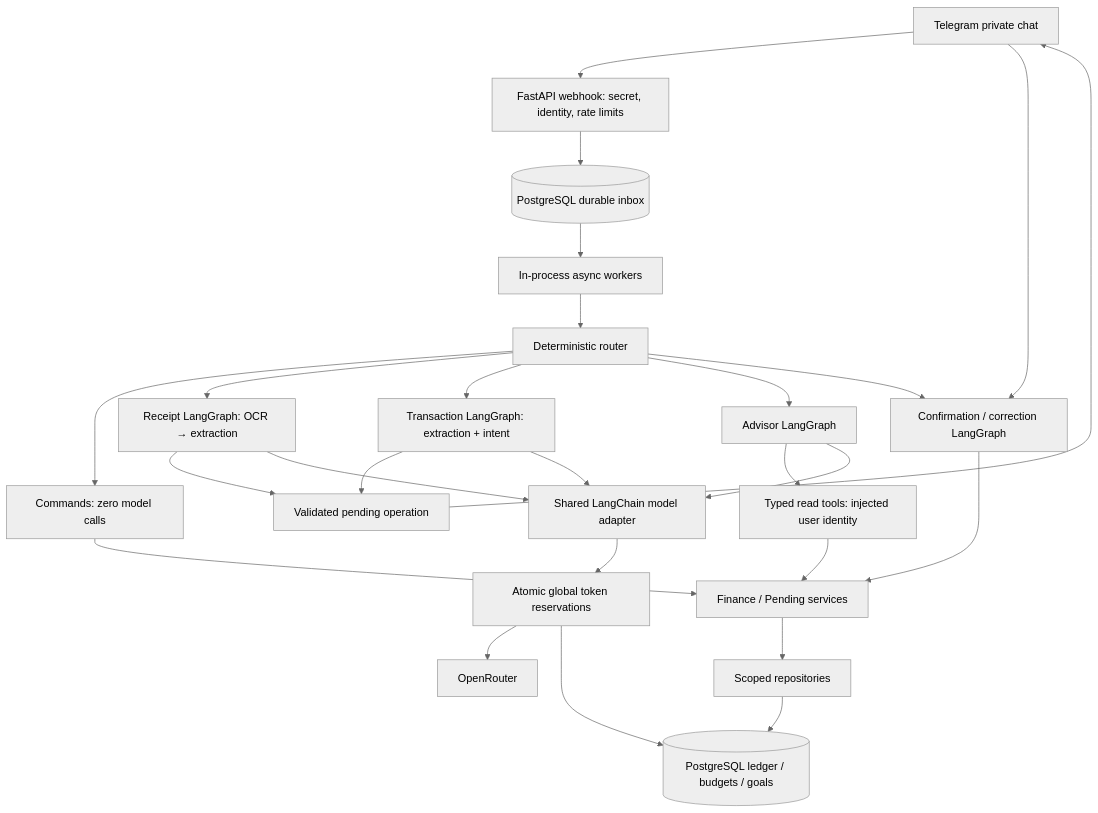
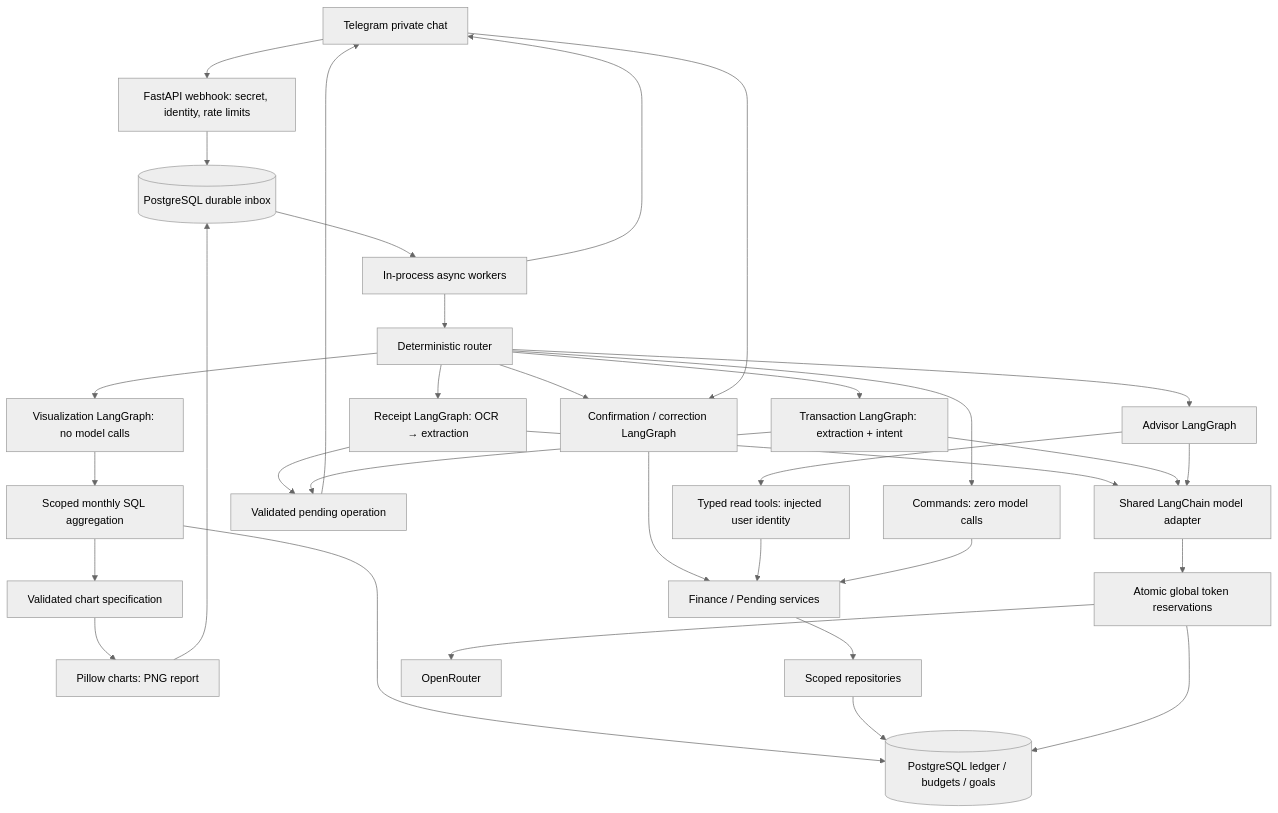
One commit to Ganskuy/financial_assistant changed the diagram in README.md. Above: the diagram before and after it, drawn with Mermaid (neutral theme). The commit also changed other lines of this file and 14 other files, not shown here.

Commit message:
Add monthly visualization reports and document current integration limits

````diff
--- a/README.md
+++ b/README.md
@@ -7,28 +9,35 @@
 ```mermaid
 flowchart TD
     TG[Telegram private chat] --> API[FastAPI webhook: secret, identity, rate limits]
     API --> Q[(PostgreSQL durable inbox)]
     Q --> W[In-process async workers]
     W --> R[Deterministic router]
     R --> C[Commands: zero model calls]
     R --> RX[Receipt LangGraph: OCR → extraction]
     R --> TX[Transaction LangGraph: extraction + intent]
     R --> AX[Advisor LangGraph]
     R --> CX[Confirmation / correction LangGraph]
+    R --> VX[Visualization LangGraph: no model calls]
+    VX --> VA[Scoped monthly SQL aggregation]
+    VA --> DB
+    VA --> VS[Validated chart specification]
+    VS --> PNG[Pillow charts: PNG report]
+    PNG --> Q
+    W --> TG
     RX --> P[Validated pending operation]
     TX --> P
     P --> TG
     TG --> CX
     CX --> S[Finance / Pending services]
     AX --> T[Typed read tools: injected user identity]
     T --> S
     C --> S
     S --> RP[Scoped repositories]
     RP --> DB[(PostgreSQL ledger / budgets / goals)]
     RX --> L[Shared LangChain model adapter]
     TX --> L
     AX --> L
     L --> B[Atomic global token reservations]
     B --> OR[OpenRouter]
     B --> DB
 ```
````
